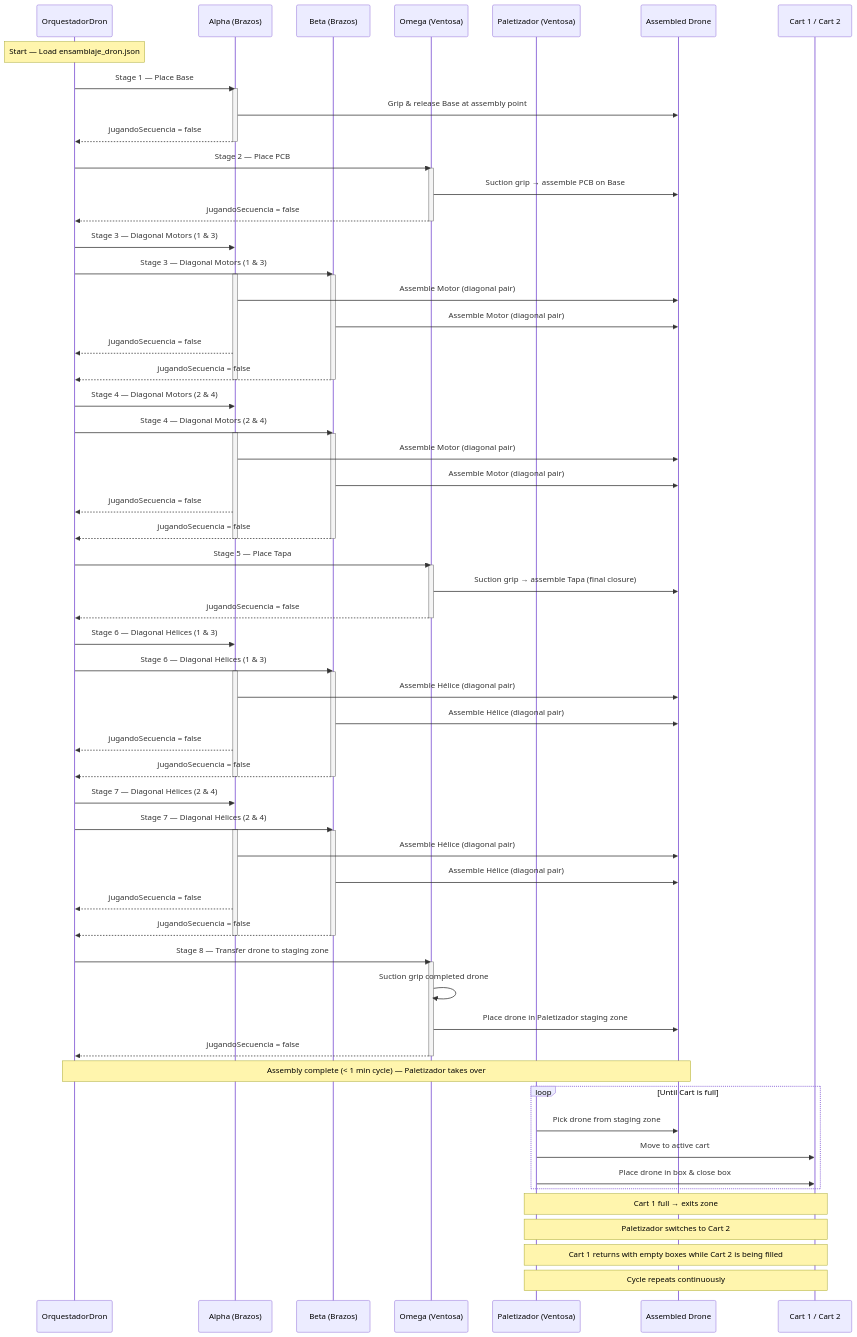
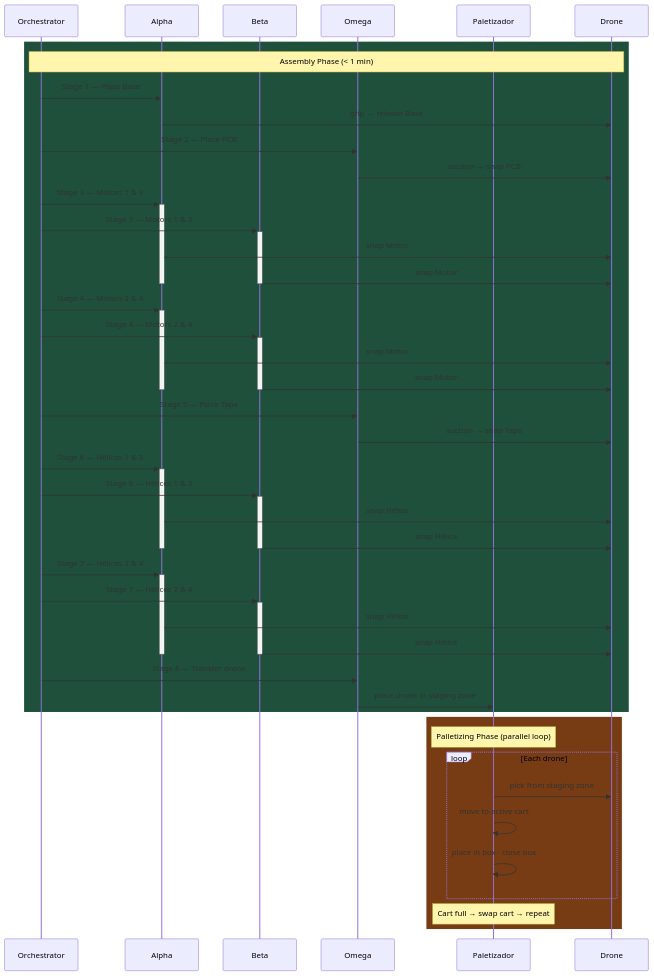
Before and after one commit to jorgefajardom-coder/drone-packaging-simulation-unity: the second of 6 diagrams in README.md, drawn with Mermaid. The commit also changed other lines of this file, not shown here.

````diff
--- a/README.md
+++ b/README.md
@@ -176,94 +153,62 @@
 ```mermaid
 sequenceDiagram
-    participant O as OrquestadorDron
-    participant A as Alpha (Brazos)
-    participant B as Beta (Brazos)
-    participant W as Omega (Ventosa)
-    participant P as Paletizador (Ventosa)
-    participant D as Assembled Drone
-    participant C as Cart 1 / Cart 2
+    participant O as Orchestrator
+    participant A as Alpha
+    participant B as Beta
+    participant W as Omega
+    participant P as Paletizador
+    participant D as Drone
 
-    Note over O: Start — Load ensamblaje_dron.json
+    rect rgb(30, 80, 60)
+        Note over O,D: Assembly Phase (< 1 min)
+        O->>A: Stage 1 — Place Base
+        A->>D: grip → release Base
 
-    O->>A: Stage 1 — Place Base
-    activate A
-    A->>D: Grip & release Base at assembly point
-    A-->>O: jugandoSecuencia = false
-    deactivate A
+        O->>W: Stage 2 — Place PCB
+        W->>D: suction → snap PCB
 
-    O->>W: Stage 2 — Place PCB
-    activate W
-    W->>D: Suction grip → assemble PCB on Base
-    W-->>O: jugandoSecuencia = false
-    deactivate W
+        O->>+A: Stage 3 — Motors 1 & 3
+        O->>+B: Stage 3 — Motors 1 & 3
+        A->>D: snap Motor
+        B->>D: snap Motor
+        deactivate A
+        deactivate B
 
-    O->>A: Stage 3 — Diagonal Motors (1 & 3)
-    O->>B: Stage 3 — Diagonal Motors (1 & 3)
-    activate A
-    activate B
-    A->>D: Assemble Motor (diagonal pair)
-    B->>D: Assemble Motor (diagonal pair)
-    A-->>O: jugandoSecuencia = false
-    B-->>O: jugandoSecuencia = false
-    deactivate A
-    deactivate B
+        O->>+A: Stage 4 — Motors 2 & 4
+        O->>+B: Stage 4 — Motors 2 & 4
+        A->>D: snap Motor
+        B->>D: snap Motor
+        deactivate A
+        deactivate B
 
-    O->>A: Stage 4 — Diagonal Motors (2 & 4)
-    O->>B: Stage 4 — Diagonal Motors (2 & 4)
-    activate A
-    activate B
-    A->>D: Assemble Motor (diagonal pair)
-    B->>D: Assemble Motor (diagonal pair)
-    A-->>O: jugandoSecuencia = false
-    B-->>O: jugandoSecuencia = false
-    deactivate A
-    deactivate B
+        O->>W: Stage 5 — Place Tapa
+        W->>D: suction → snap Tapa
 
-    O->>W: Stage 5 — Place Tapa
-    activate W
-    W->>D: Suction grip → assemble Tapa (final closure)
-    W-->>O: jugandoSecuencia = false
-    deactivate W
+        O->>+A: Stage 6 — Hélices 1 & 3
+        O->>+B: Stage 6 — Hélices 1 & 3
+        A->>D: snap Hélice
+        B->>D: snap Hélice
+        deactivate A
+        deactivate B
 
-    O->>A: Stage 6 — Diagonal Hélices (1 & 3)
-    O->>B: Stage 6 — Diagonal Hélices (1 & 3)
-    activate A
-    activate B
-    A->>D: Assemble Hélice (diagonal pair)
-    B->>D: Assemble Hélice (diagonal pair)
-    A-->>O: jugandoSecuencia = false
-    B-->>O: jugandoSecuencia = false
-    deactivate A
-    deactivate B
+        O->>+A: Stage 7 — Hélices 2 & 4
+        O->>+B: Stage 7 — Hélices 2 & 4
+        A->>D: snap Hélice
+        B->>D: snap Hélice
+        deactivate A
+        deactivate B
 
-    O->>A: Stage 7 — Diagonal Hélices (2 & 4)
-    O->>B: Stage 7 — Diagonal Hélices (2 & 4)
-    activate A
-    activate B
-    A->>D: Assemble Hélice (diagonal pair)
-    B->>D: Assemble Hélice (diagonal pair)
-    A-->>O: jugandoSecuencia = false
-    B-->>O: jugandoSecuencia = false
-    deactivate A
-    deactivate B
-
-    O->>W: Stage 8 — Transfer drone to staging zone
-    activate W
-    W->>W: Suction grip completed drone
-    W->>D: Place drone in Paletizador staging zone
-    W-->>O: jugandoSecuencia = false
-    deactivate W
-
-    Note over O,D: Assembly complete (< 1 min cycle) — Paletizador takes over
-
-    loop Until Cart is full
-        P->>D: Pick drone from staging zone
-        P->>C: Move to active cart
-        P->>C: Place drone in box & close box
+        O->>W: Stage 8 — Transfer drone
+        W->>P: place drone in staging zone
     end
 
-    Note over P,C: Cart 1 full → exits zone
-    Note over P,C: Paletizador switches to Cart 2
-    Note over P,C: Cart 1 returns with empty boxes while Cart 2 is being filled
-    Note over P,C: Cycle repeats continuously
+    rect rgb(120, 60, 20)
+        Note over P: Palletizing Phase (parallel loop)
+        loop Each drone
+            P->>D: pick from staging zone
+            P->>P: move to active cart
+            P->>P: place in box · close box
+        end
+        Note over P: Cart full → swap cart → repeat
+    end
 ```
````
